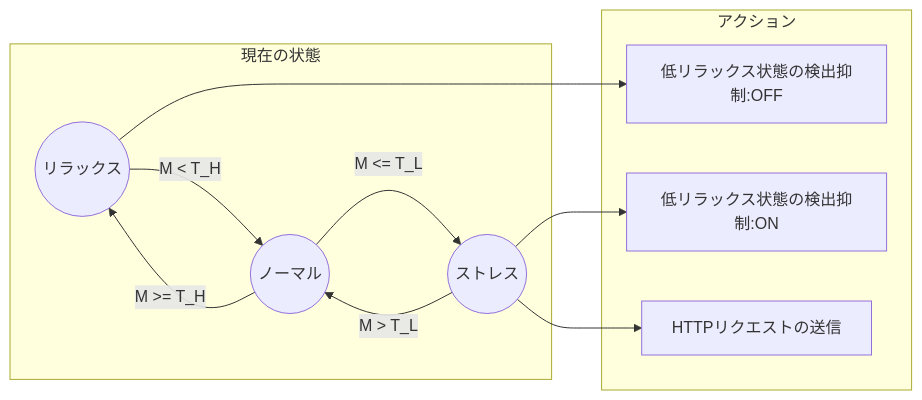
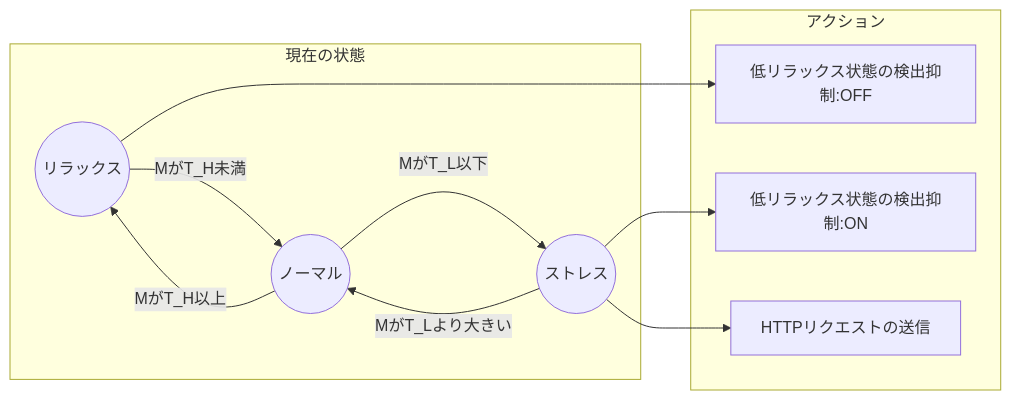
Before and after one commit to tatsuyasusukida/zenn-content: the third of 5 diagrams in articles/heart-rate-switch-fitbit-app.md, drawn with Mermaid. The commit also changed other lines of this file, not shown here.

````diff
--- a/articles/heart-rate-switch-fitbit-app.md
+++ b/articles/heart-rate-switch-fitbit-app.md
@@ -63,24 +86,24 @@
 ```mermaid
 graph LR
   subgraph アクション
     Disable[低リラックス状態の検出抑制:OFF]
     Enable[低リラックス状態の検出抑制:ON]
     Send[HTTPリクエストの送信]
   end
 
   subgraph 現在の状態
     Relax((リラックス))
     Normal((ノーマル))
     Stress((ストレス))
 
-    Relax -->|M < T_H| Normal
-    Normal -->|M >= T_H| Relax
+    Relax -->|MがT_H未満| Normal
+    Normal -->|MがT_H以上| Relax
 
-    Normal -->|M <= T_L| Stress
-    Stress -->|M > T_L| Normal
+    Normal -->|MがT_L以下| Stress
+    Stress -->|MがT_Lより大きい| Normal
   end
 
   Relax --> Disable
   Stress --> Enable
   Stress --> Send
 ```
````
